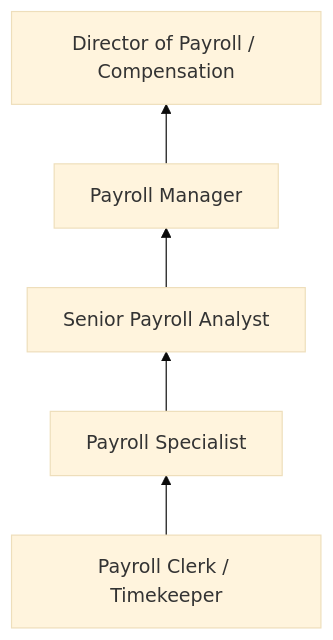
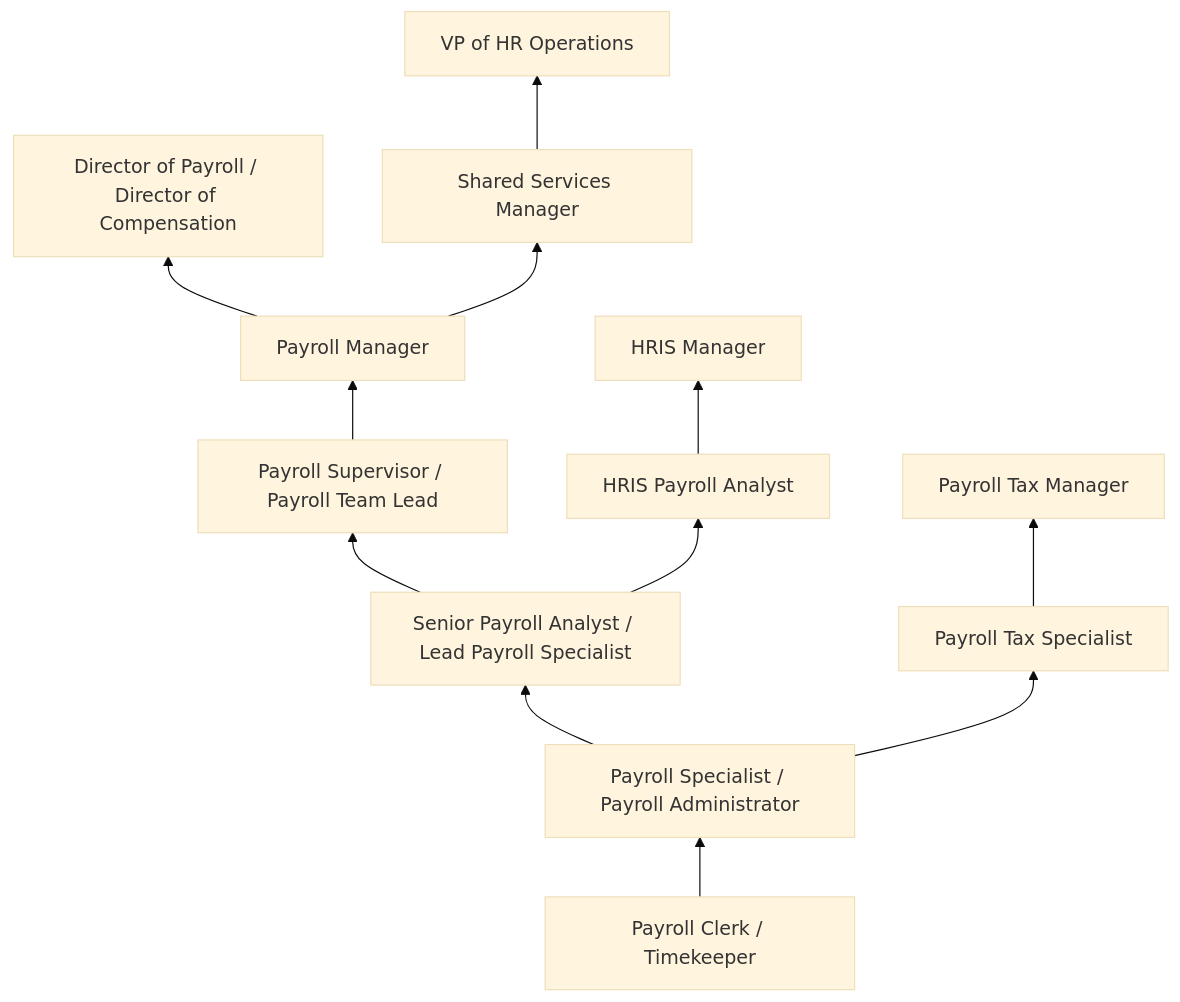
Before and after one commit to kziemski/business.org.ai: the third of 4 diagrams in occupations/Administrative/PayrollAndTimekeepingClerks.mdx, drawn with Mermaid (base theme). The commit also changed other lines of this file and 19 other files, not shown here.

````diff
--- a/occupations/Administrative/PayrollAndTimekeepingClerks.mdx
+++ b/occupations/Administrative/PayrollAndTimekeepingClerks.mdx
@@ -74,7 +136,17 @@
 ```mermaid
 graph BT
-    Entry["Payroll Clerk / Timekeeper"] --> Mid["Payroll Specialist"]
-    Mid --> Senior["Senior Payroll Analyst"]
-    Senior --> Manager["Payroll Manager"]
-    Manager --> Director["Director of Payroll / Compensation"]
+    Entry["Payroll Clerk / Timekeeper"] --> Mid["Payroll Specialist / Payroll Administrator"]
+    Mid --> Senior["Senior Payroll Analyst / Lead Payroll Specialist"]
+    Senior --> Supervisor["Payroll Supervisor / Payroll Team Lead"]
+    Supervisor --> Manager["Payroll Manager"]
+    Manager --> Director["Director of Payroll / Director of Compensation"]
+
+    Mid --> Tax["Payroll Tax Specialist"]
+    Tax --> TaxMgr["Payroll Tax Manager"]
+
+    Senior --> HRIS["HRIS Payroll Analyst"]
+    HRIS --> HRISMgr["HRIS Manager"]
+
+    Manager --> Shared["Shared Services Manager"]
+    Shared --> VP["VP of HR Operations"]
 ```
````
